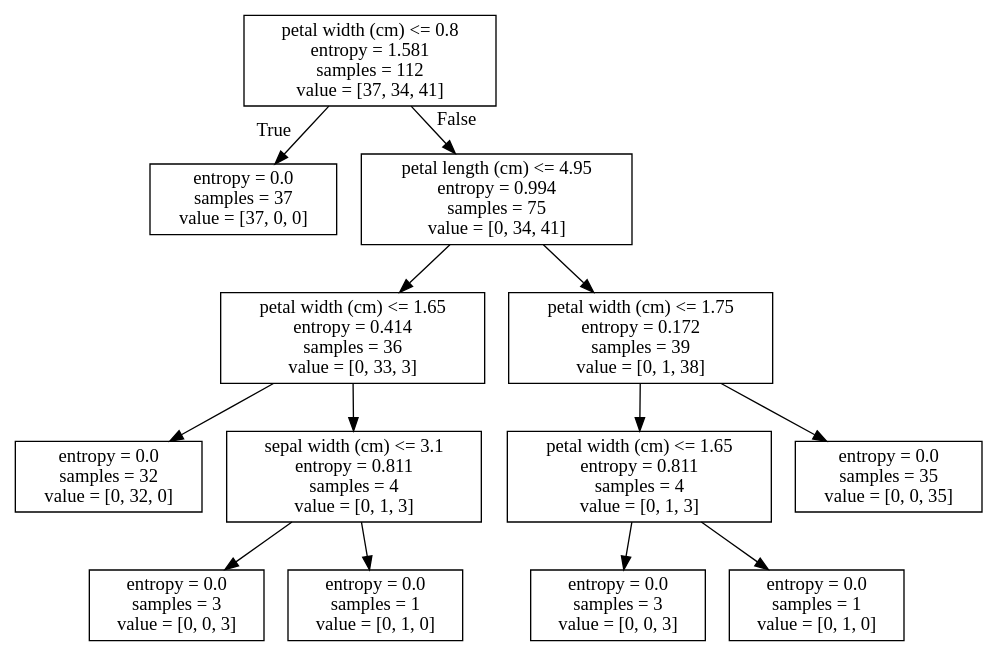
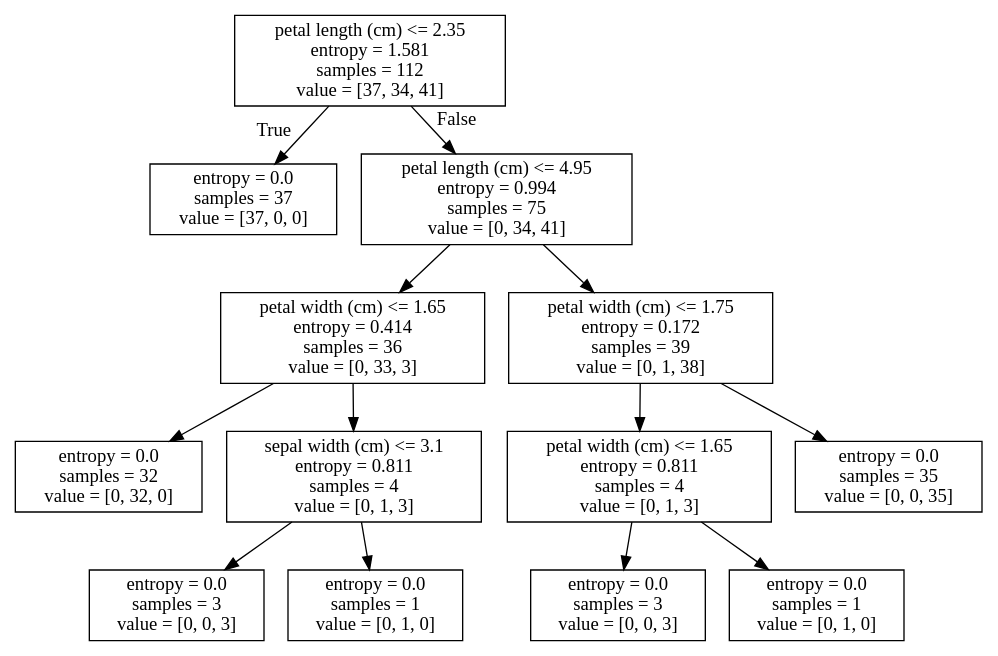
One commit to gomljo/DecisionTreeForPaper changed the diagram in result/scikit-learn dot/iris result-second.dot. Above: the diagram before and after it, drawn with Graphviz. The commit also changed 29 other files, not shown here.

```diff
--- a/result/scikit-learn dot/iris result-second.dot
+++ b/result/scikit-learn dot/iris result-second.dot
@@ -1,28 +1,28 @@
 digraph Tree {
 node [shape=box] ;
-0 [label="petal width (cm) <= 0.8\nentropy = 1.581\nsamples = 112\nvalue = [37, 34, 41]"] ;
+0 [label="petal length (cm) <= 2.35\nentropy = 1.581\nsamples = 112\nvalue = [37, 34, 41]"] ;
 1 [label="entropy = 0.0\nsamples = 37\nvalue = [37, 0, 0]"] ;
 0 -> 1 [labeldistance=2.5, labelangle=45, headlabel="True"] ;
 2 [label="petal length (cm) <= 4.95\nentropy = 0.994\nsamples = 75\nvalue = [0, 34, 41]"] ;
 0 -> 2 [labeldistance=2.5, labelangle=-45, headlabel="False"] ;
 3 [label="petal width (cm) <= 1.65\nentropy = 0.414\nsamples = 36\nvalue = [0, 33, 3]"] ;
 2 -> 3 ;
 4 [label="entropy = 0.0\nsamples = 32\nvalue = [0, 32, 0]"] ;
 3 -> 4 ;
 5 [label="sepal width (cm) <= 3.1\nentropy = 0.811\nsamples = 4\nvalue = [0, 1, 3]"] ;
 3 -> 5 ;
 6 [label="entropy = 0.0\nsamples = 3\nvalue = [0, 0, 3]"] ;
 5 -> 6 ;
 7 [label="entropy = 0.0\nsamples = 1\nvalue = [0, 1, 0]"] ;
 5 -> 7 ;
 8 [label="petal width (cm) <= 1.75\nentropy = 0.172\nsamples = 39\nvalue = [0, 1, 38]"] ;
 2 -> 8 ;
 9 [label="petal width (cm) <= 1.65\nentropy = 0.811\nsamples = 4\nvalue = [0, 1, 3]"] ;
 8 -> 9 ;
 10 [label="entropy = 0.0\nsamples = 3\nvalue = [0, 0, 3]"] ;
 9 -> 10 ;
 11 [label="entropy = 0.0\nsamples = 1\nvalue = [0, 1, 0]"] ;
 9 -> 11 ;
 12 [label="entropy = 0.0\nsamples = 35\nvalue = [0, 0, 35]"] ;
 8 -> 12 ;
 }
```
